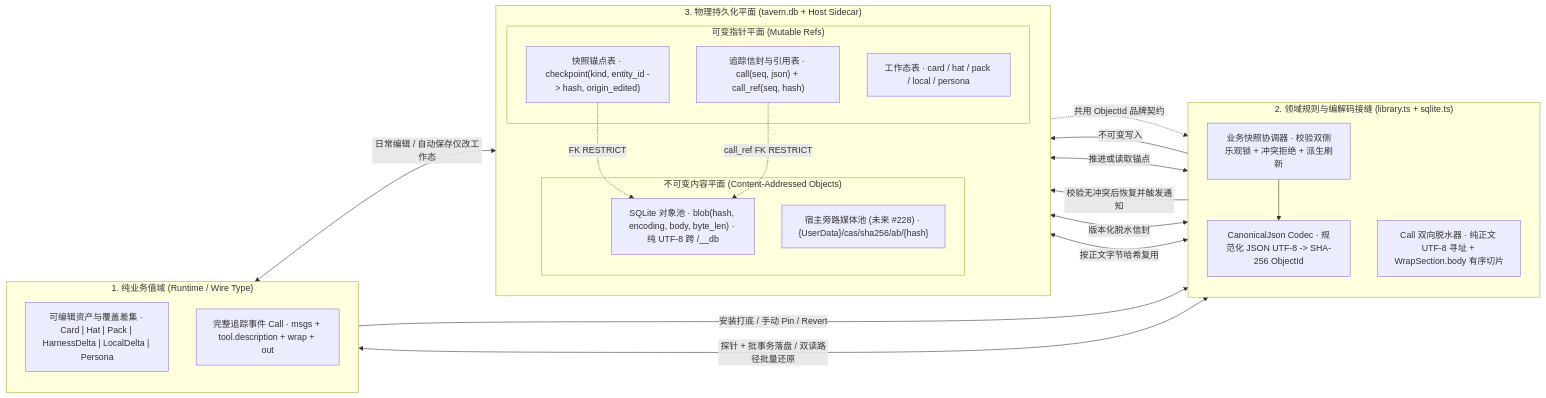
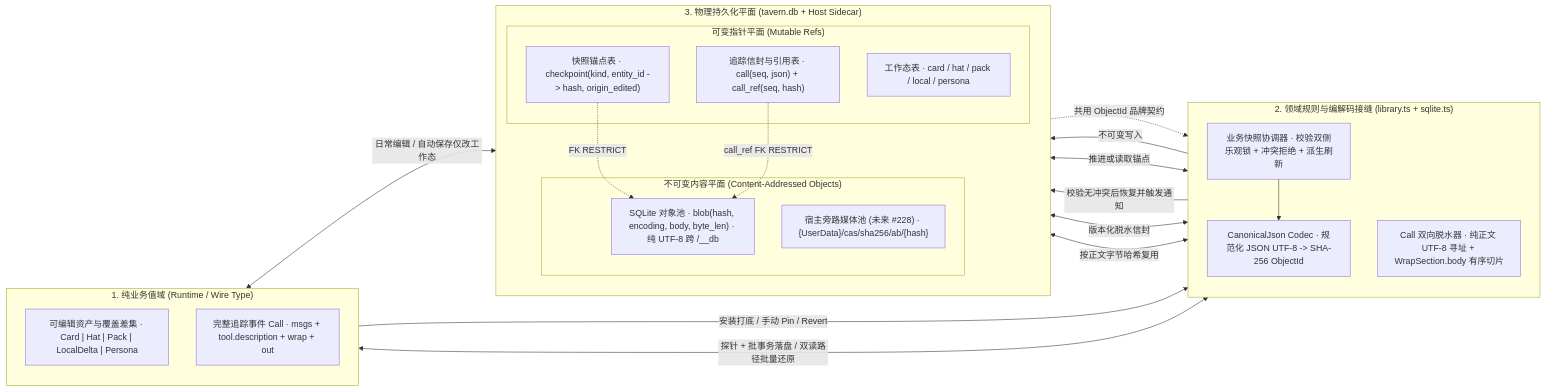
Before and after one commit to piepiaspace/effect-tavern: the first of 4 diagrams in docs/storage-brief.md, drawn with Mermaid. The commit also changed other lines of this file and 25 other files, not shown here.

````diff
--- a/docs/storage-brief.md
+++ b/docs/storage-brief.md
@@ -37,43 +37,43 @@
 ```mermaid
 flowchart LR
   subgraph Domain["1. 纯业务值域 (Runtime / Wire Type)"]
     direction TB
-    Asset["可编辑资产与覆盖差集 · Card | Hat | Pack | HarnessDelta | LocalDelta | Persona"]
+    Asset["可编辑资产与覆盖差集 · Card | Hat | Pack | LocalDelta | Persona"]
     HydratedCall["完整追踪事件 Call · msgs + tool.description + wrap + out"]
   end
 
   subgraph Seam["2. 领域规则与编解码接缝 (library.ts + sqlite.ts)"]
     direction TB
     CkptRules["业务快照协调器 · 校验双侧乐观锁 + 冲突拒绝 + 派生刷新"]
     CanonicalCodec["CanonicalJson Codec · 规范化 JSON UTF-8 -> SHA-256 ObjectId"]
     CallCodec["Call 双向脱水器 · 纯正文 UTF-8 寻址 + WrapSection.body 有序切片"]
   end
 
   subgraph Store["3. 物理持久化平面 (tavern.db + Host Sidecar)"]
     direction TB
     subgraph Pointers["可变指针平面 (Mutable Refs)"]
       Working["工作态表 · card / hat / pack / local / persona"]
       Ckpt["快照锚点表 · checkpoint(kind, entity_id -> hash, origin_edited)"]
       CallRow["追踪信封与引用表 · call(seq, json) + call_ref(seq, hash)"]
     end
 
     subgraph CAS["不可变内容平面 (Content-Addressed Objects)"]
       BlobTable["SQLite 对象池 · blob(hash, encoding, body, byte_len) · 纯 UTF-8 跨 /__db"]
       MediaCAS["宿主旁路媒体池 (未来 #228) · {UserData}/cas/sha256/ab/{hash}"]
     end
   end
 
   Asset <-->|"日常编辑 / 自动保存仅改工作态"| Working
   Asset -->|"安装打底 / 手动 Pin / Revert"| CkptRules
   CkptRules --> CanonicalCodec
   CanonicalCodec -->|"不可变写入"| BlobTable
   CkptRules <-->|"推进或读取锚点"| Ckpt
   Ckpt -.->|"FK RESTRICT"| BlobTable
   CkptRules -->|"校验无冲突后恢复并触发通知"| Working
 
   HydratedCall <-->|"探针 + 批事务落盘 / 双读路径批量还原"| CallCodec
   CallCodec <-->|"版本化脱水信封"| CallRow
   CallCodec <-->|"按正文字节哈希复用"| BlobTable
   CallRow -.->|"call_ref FK RESTRICT"| BlobTable
   MediaCAS -.->|"共用 ObjectId 品牌契约"| CanonicalCodec
 ```
````
